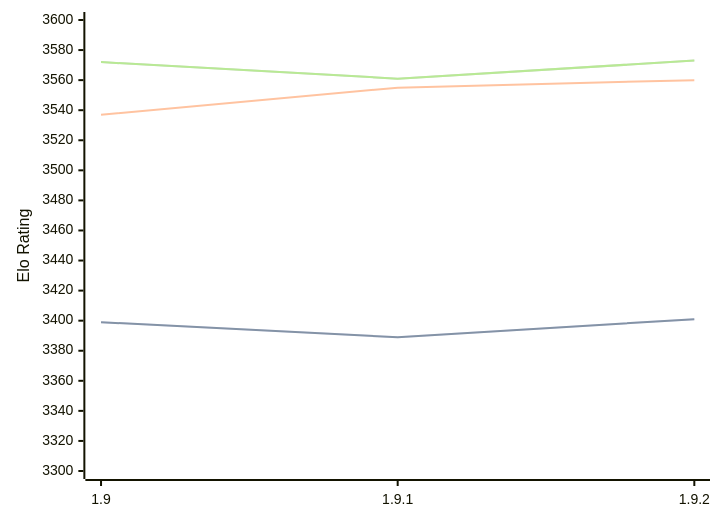
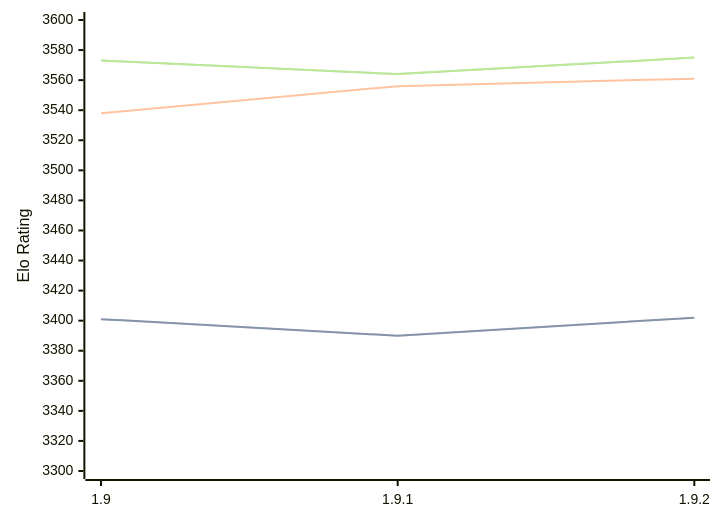
The diagram in engines/Pawnocchio.md (computer-chess-index/cci), drawn with Mermaid before and after one commit. The commit also changed other lines of this file, not shown here.

Commit message:
Update CCI Ratings (ELO VLTC) - 2026-03-29

````diff
--- a/engines/Pawnocchio.md
+++ b/engines/Pawnocchio.md
@@ -48,11 +48,11 @@
 ```mermaid
 %%{init: {"theme":"base","themeVariables":{"seriesColors:['#a3a3a3','#222221','#faa371']}}}%%
 xychart-beta
   x-axis ["1.9", "1.9.1", "1.9.2"]
   y-axis "Elo Rating" 3300 --> 3600
-  line "STC (8.0+0.08s)" [3399, 3389, 3401]
-  line "STC (8.0+0.08s)" [3399, 3389, 3401]
-  line "LTC (60.0+0.60s)" [3537, 3555, 3560]
-  line "VLTC (2m24s+1.12s)" [3572, 3561, 3573]
-  line "VLTC (2m24s+1.12s)" [3572, 3561, 3573]
+  line "STC (8.0+0.08s)" [3401, 3390, 3402]
+  line "STC (8.0+0.08s)" [3401, 3390, 3402]
+  line "LTC (60.0+0.60s)" [3538, 3556, 3561]
+  line "VLTC (2m24s+1.12s)" [3573, 3564, 3575]
+  line "VLTC (2m24s+1.12s)" [3573, 3564, 3575]
 ```
````
